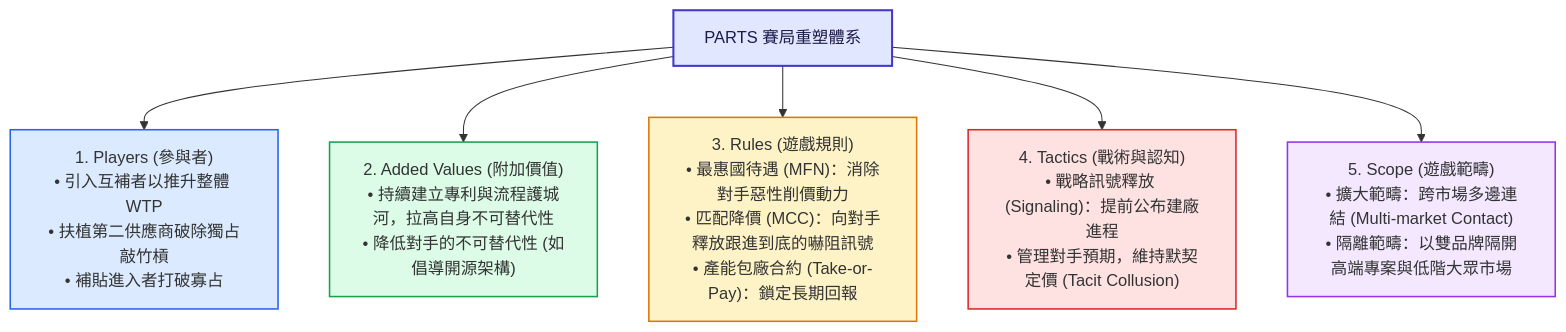
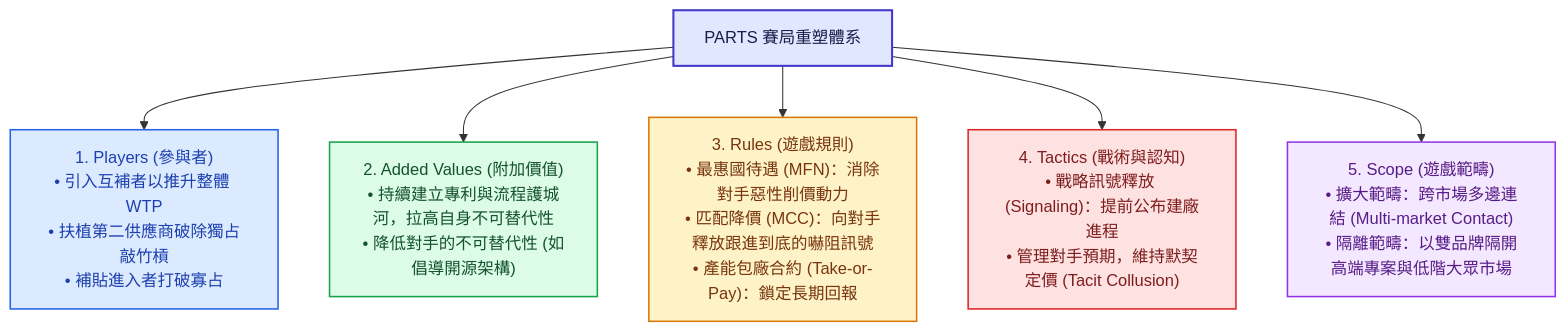
One commit to Jimlin0428/my-digital-garden changed the third of 4 diagrams in src/site/notes/98_商業概念庫/value-net_價值網.md. Above: the diagram before and after it, drawn with Mermaid. The commit also changed other lines of this file and 99 other files, not shown here.

````diff
--- a/src/site/notes/98_商業概念庫/value-net_價值網.md
+++ b/src/site/notes/98_商業概念庫/value-net_價值網.md
@@ -147,23 +147,23 @@
 ```mermaid
 flowchart TD
     PARTS["PARTS 賽局重塑體系"]
     
     P["1. Players (參與者)<br>• 引入互補者以推升整體 WTP<br>• 扶植第二供應商破除獨占敲竹槓<br>• 補貼進入者打破寡占"]
     A["2. Added Values (附加價值)<br>• 持續建立專利與流程護城河，拉高自身不可替代性<br>• 降低對手的不可替代性 (如倡導開源架構)"]
     R["3. Rules (遊戲規則)<br>• 最惠國待遇 (MFN)：消除對手惡性削價動力<br>• 匹配降價 (MCC)：向對手釋放跟進到底的嚇阻訊號<br>• 產能包廠合約 (Take-or-Pay)：鎖定長期回報"]
     T["4. Tactics (戰術與認知)<br>• 戰略訊號釋放 (Signaling)：提前公布建廠進程<br>• 管理對手預期，維持默契定價 (Tacit Collusion)"]
     S["5. Scope (遊戲範疇)<br>• 擴大範疇：跨市場多邊連結 (Multi-market Contact)<br>• 隔離範疇：以雙品牌隔開高端專案與低階大眾市場"]
 
     PARTS --> P
     PARTS --> A
     PARTS --> R
     PARTS --> T
     PARTS --> S
 
     style PARTS fill:#e0e7ff,stroke:#4338ca,stroke-width:2px,color:#1e1b4b
-    style P fill:#dbeafe,stroke:#2563eb,stroke-width:1.5px
-    style A fill:#dcfce7,stroke:#16a34a,stroke-width:1.5px
-    style R fill:#fef3c7,stroke:#d97706,stroke-width:1.5px
-    style T fill:#fee2e2,stroke:#dc2626,stroke-width:1.5px
-    style S fill:#f3e8ff,stroke:#9333ea,stroke-width:1.5px
+    style P fill:#dbeafe,stroke:#2563eb,stroke-width:1.5px,color:#1e40af
+    style A fill:#dcfce7,stroke:#16a34a,stroke-width:1.5px,color:#14532d
+    style R fill:#fef3c7,stroke:#d97706,stroke-width:1.5px,color:#78350f
+    style T fill:#fee2e2,stroke:#dc2626,stroke-width:1.5px,color:#7f1d1d
+    style S fill:#f3e8ff,stroke:#9333ea,stroke-width:1.5px,color:#581c87
 ```
````
